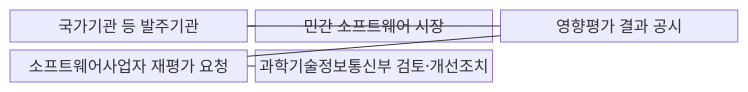
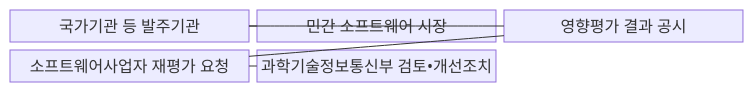
The first of 2 diagrams in src/content/docs/notes/07-law-policy/017_sw_business_impact_assessment.md (agnusdei1207/knowledge-base), drawn with Mermaid before and after one commit. The commit also changed other lines of this file and 953 other files, not shown here.

````diff
--- a/src/content/docs/notes/07-law-policy/017_sw_business_impact_assessment.md
+++ b/src/content/docs/notes/07-law-policy/017_sw_business_impact_assessment.md
@@ -68,13 +68,13 @@
 ```mermaid
 block-beta
   columns 3
   A["국가기관 등 발주기관"]
   B["민간 소프트웨어 시장"]
   C["영향평가 결과 공시"]
   D["소프트웨어사업자 재평가 요청"]
-  E["과학기술정보통신부 검토·개선조치"]
+  E["과학기술정보통신부 검토•개선조치"]
   A --- B
   A --- C
   C --- D
   D --- E
 ```
````
